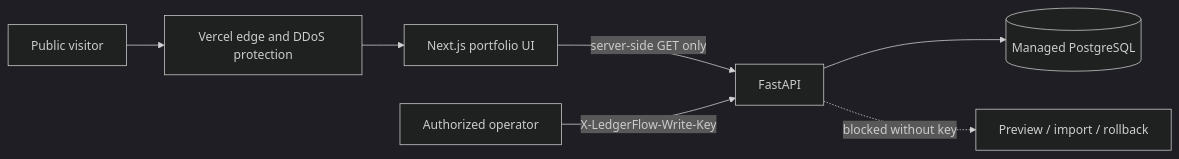
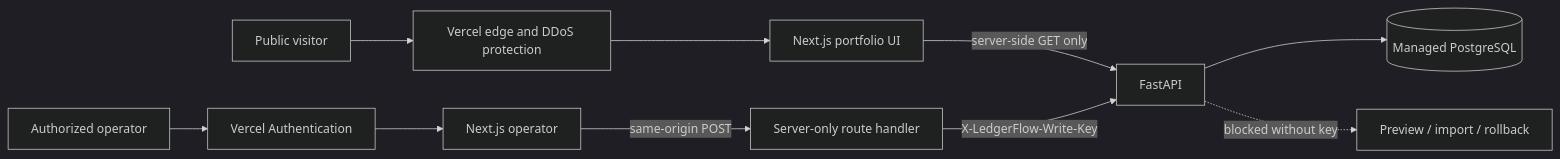
One commit to abdul-rahman96/ledgerflow changed the diagram in docs/DEPLOYMENT_SECURITY.md. Above: the diagram before and after it, drawn with Mermaid (dark theme). The commit also changed other lines of this file and 27 other files, not shown here.

Commit message:
feat: add protected ledger operator

````diff
--- a/docs/DEPLOYMENT_SECURITY.md
+++ b/docs/DEPLOYMENT_SECURITY.md
@@ -12,9 +13,12 @@
 ```mermaid
 flowchart LR
     Visitor[Public visitor] --> Edge[Vercel edge and DDoS protection]
     Edge --> Web[Next.js portfolio UI]
     Web -->|server-side GET only| API[FastAPI]
-    Operator[Authorized operator] -->|X-LedgerFlow-Write-Key| API
+    Operator[Authorized operator] --> Auth[Vercel Authentication]
+    Auth --> OperatorUI[Next.js operator]
+    OperatorUI -->|same-origin POST| Proxy[Server-only route handler]
+    Proxy -->|X-LedgerFlow-Write-Key| API
     API --> DB[(Managed PostgreSQL)]
     API -. blocked without key .-> Mutations[Preview / import / rollback]
 ```
````
